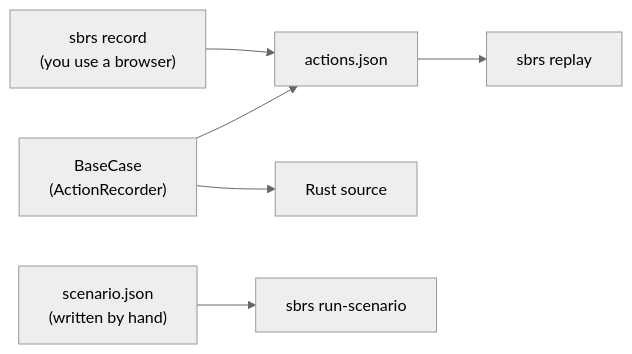
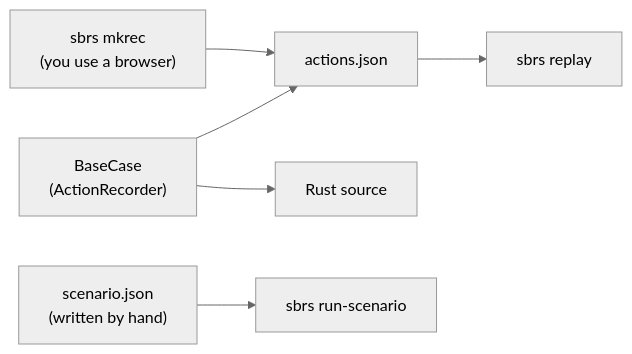
The diagram in docs/help/recorder_cli.md (MustCodeAl/seleniumbase-rs), drawn with Mermaid (neutral theme) before and after one commit. The commit also changed other lines of this file and 6 other files, not shown here.

Commit message:
docs(recorder): mkrec, Recorder Mode, the output formats, replay and sbrs recorder

````diff
--- a/docs/help/recorder_cli.md
+++ b/docs/help/recorder_cli.md
@@ -30,8 +30,8 @@
 ```mermaid
 flowchart LR
-    A["sbrs record<br/>(you use a browser)"] --> F["actions.json"]
+    A["sbrs mkrec<br/>(you use a browser)"] --> F["actions.json"]
     B["BaseCase<br/>(ActionRecorder)"] --> F
     B --> R["Rust source"]
     F --> P["sbrs replay"]
     S["scenario.json<br/>(written by hand)"] --> X["sbrs run-scenario"]
 ```
````
